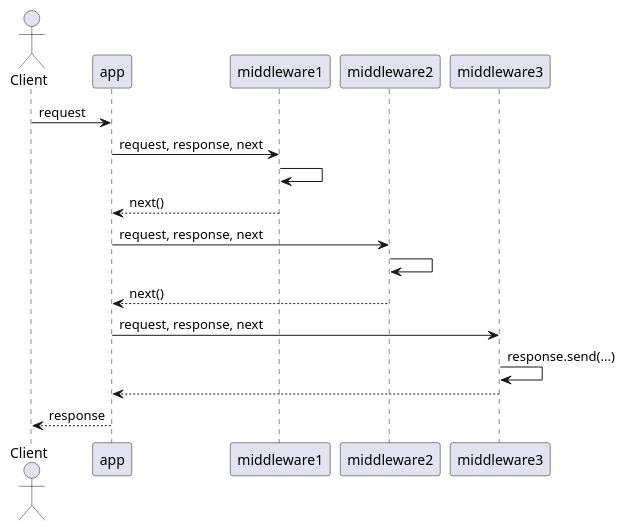
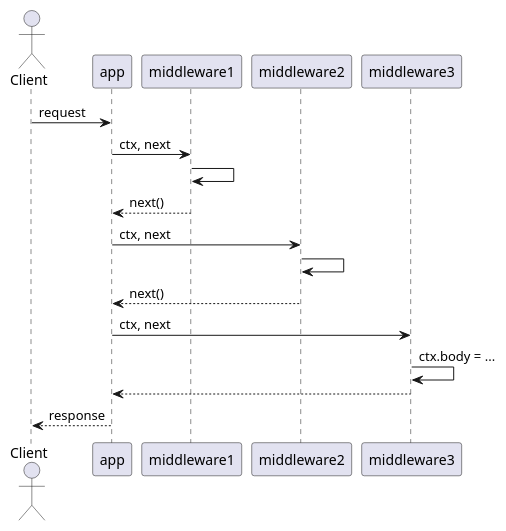
The diagram in docs/software/koa-server.md (RomanKaplynskyi/edu-dis-labs), drawn with PlantUML before and after one commit.

Commit message:
add theory

```diff
--- a/docs/software/koa-server.md
+++ b/docs/software/koa-server.md
@@ -203,19 +203,19 @@
 @startuml
 actor Client
 participant app
 participant middleware1
 participant middleware2
 participant middleware3
 
 Client -> app: request
-app -> middleware1: request, response, next
+app -> middleware1: ctx, next
 middleware1 -> middleware1
 app <-- middleware1: next()
-app -> middleware2: request, response, next
+app -> middleware2: ctx, next
 middleware2 -> middleware2
 app <-- middleware2: next()
-app -> middleware3: request, response, next
-middleware3 -> middleware3: response.send(...)
+app -> middleware3: ctx, next
+middleware3 -> middleware3: ctx.body = ...
 app <-- middleware3
 Client <-- app: response
 @enduml
```
